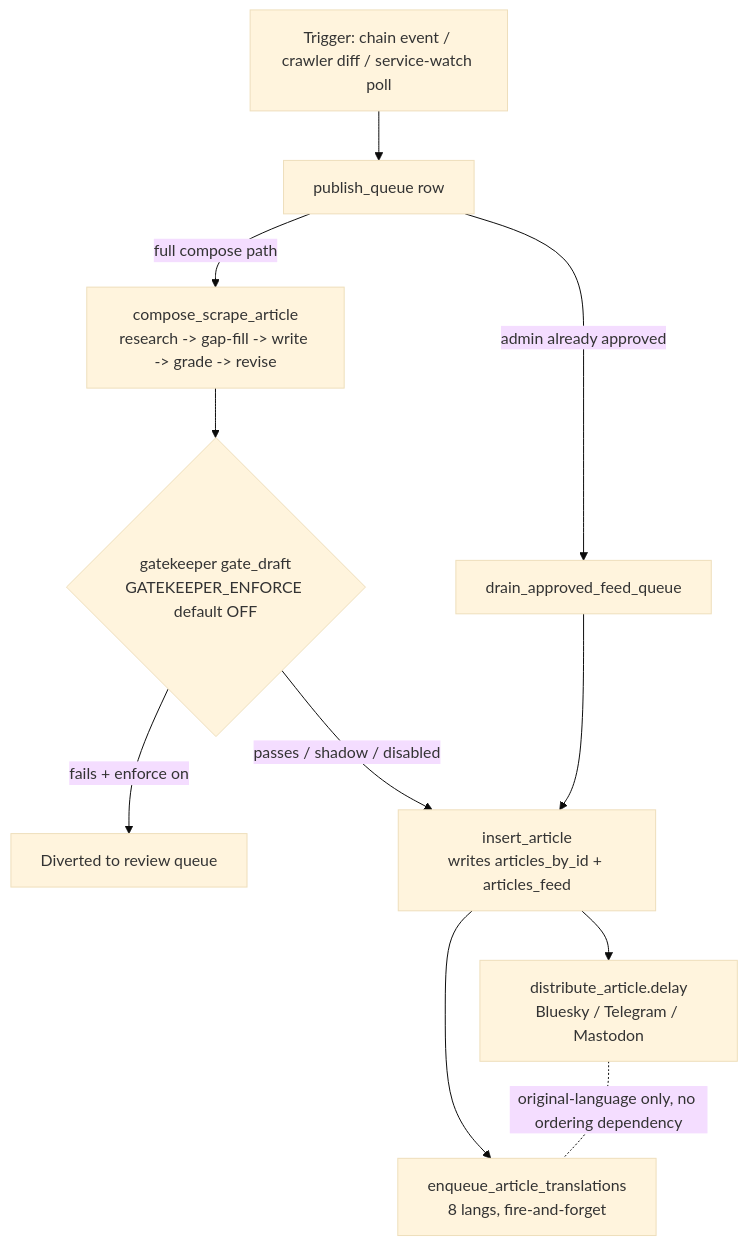
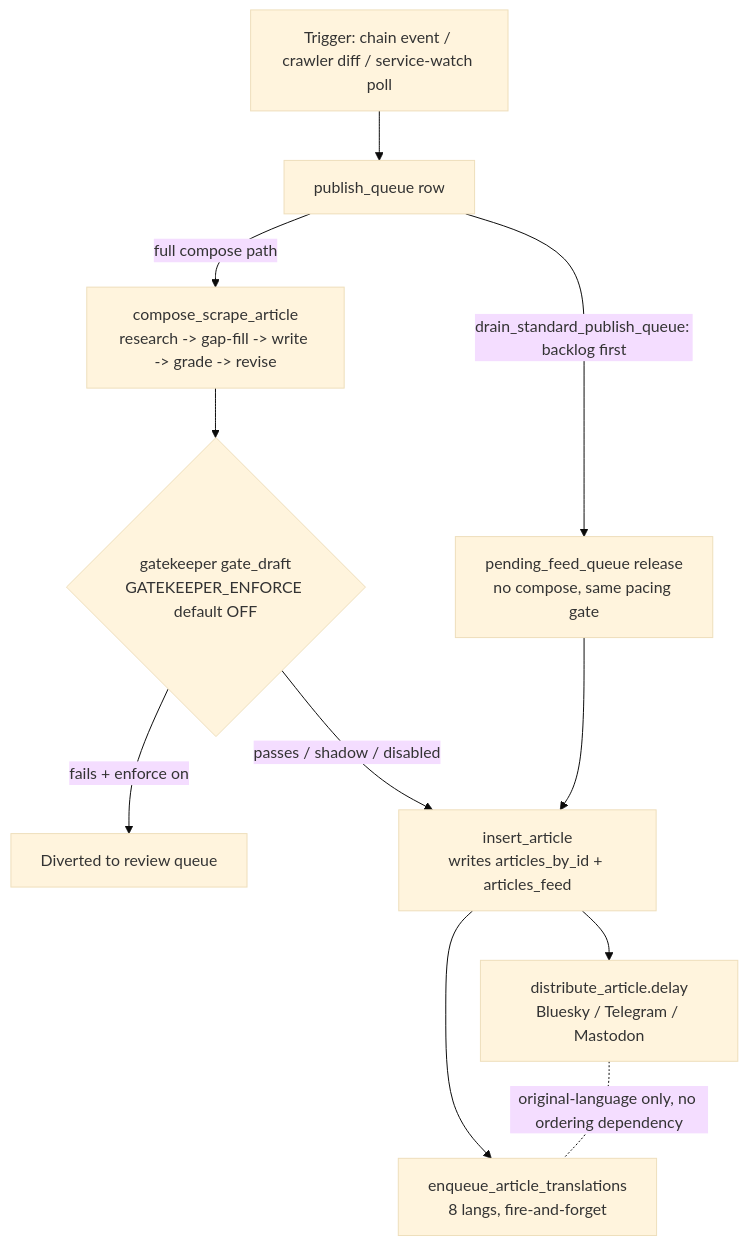
One commit to PXke/algorand_service changed the diagram in docs/architecture/publish-pipeline-workflow.md. Above: the diagram before and after it, drawn with Mermaid (base theme). The commit also changed other lines of this file and 3 other files, not shown here.

First line of the commit message:
Fold drain_approved_feed_queue's backlog release into drain_standard_publish_queue

````diff
--- a/docs/architecture/publish-pipeline-workflow.md
+++ b/docs/architecture/publish-pipeline-workflow.md
@@ -31,13 +39,13 @@
 ```mermaid
 flowchart TD
     T[Trigger: chain event / crawler diff / service-watch poll] --> Q[publish_queue row]
+    Q -->|drain_standard_publish_queue: backlog first| F[pending_feed_queue release\nno compose, same pacing gate]
     Q -->|full compose path| C[compose_scrape_article\nresearch -> gap-fill -> write -> grade -> revise]
-    Q -->|admin already approved| F[drain_approved_feed_queue]
     C --> G{gatekeeper gate_draft\nGATEKEEPER_ENFORCE default OFF}
     G -->|fails + enforce on| R[Diverted to review queue]
     G -->|passes / shadow / disabled| P[insert_article\nwrites articles_by_id + articles_feed]
     F --> P
     P --> D[distribute_article.delay\nBluesky / Telegram / Mastodon]
     P --> X[enqueue_article_translations\n8 langs, fire-and-forget]
     D -.original-language only, no ordering dependency.- X
 ```
````
